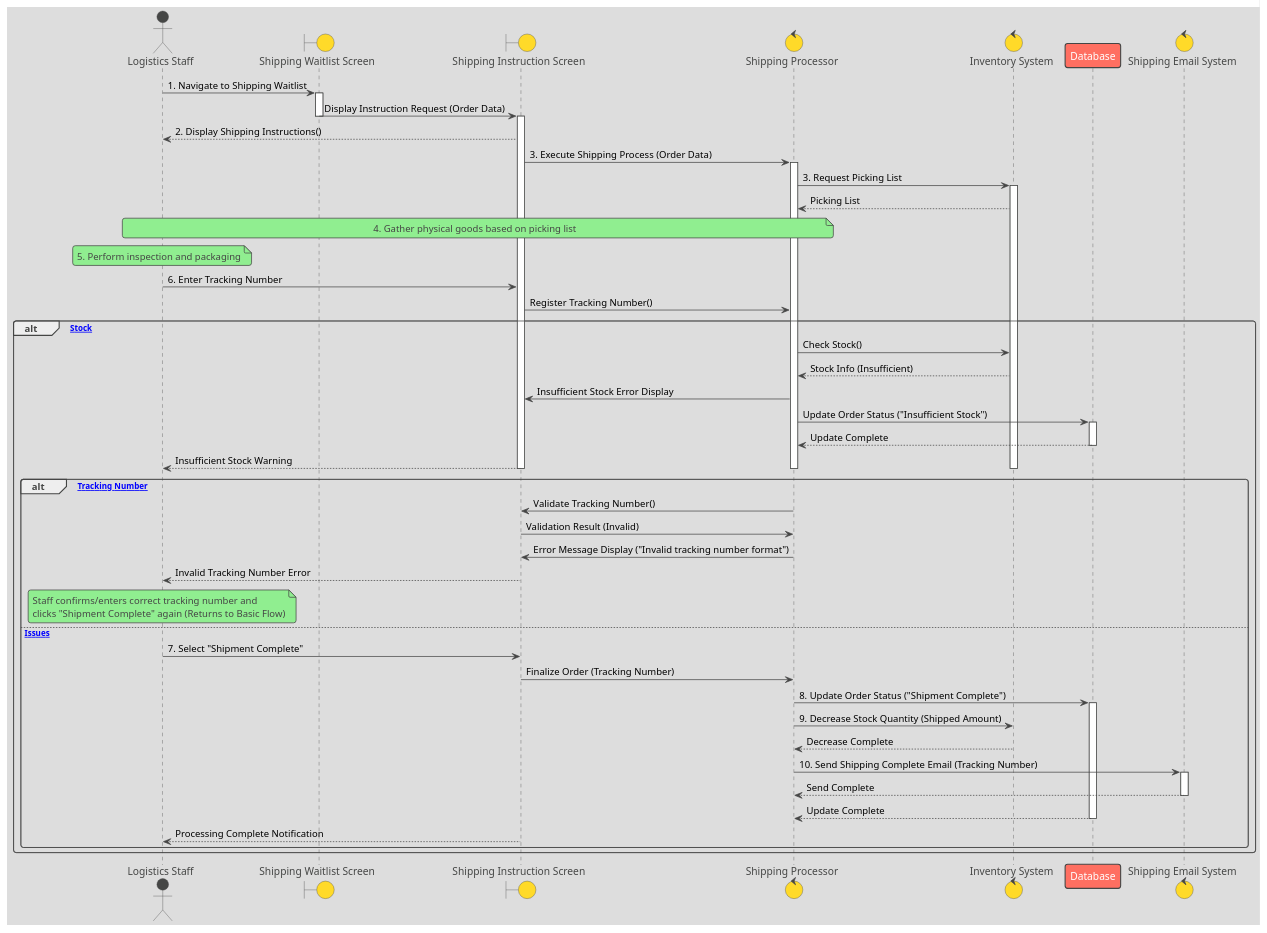
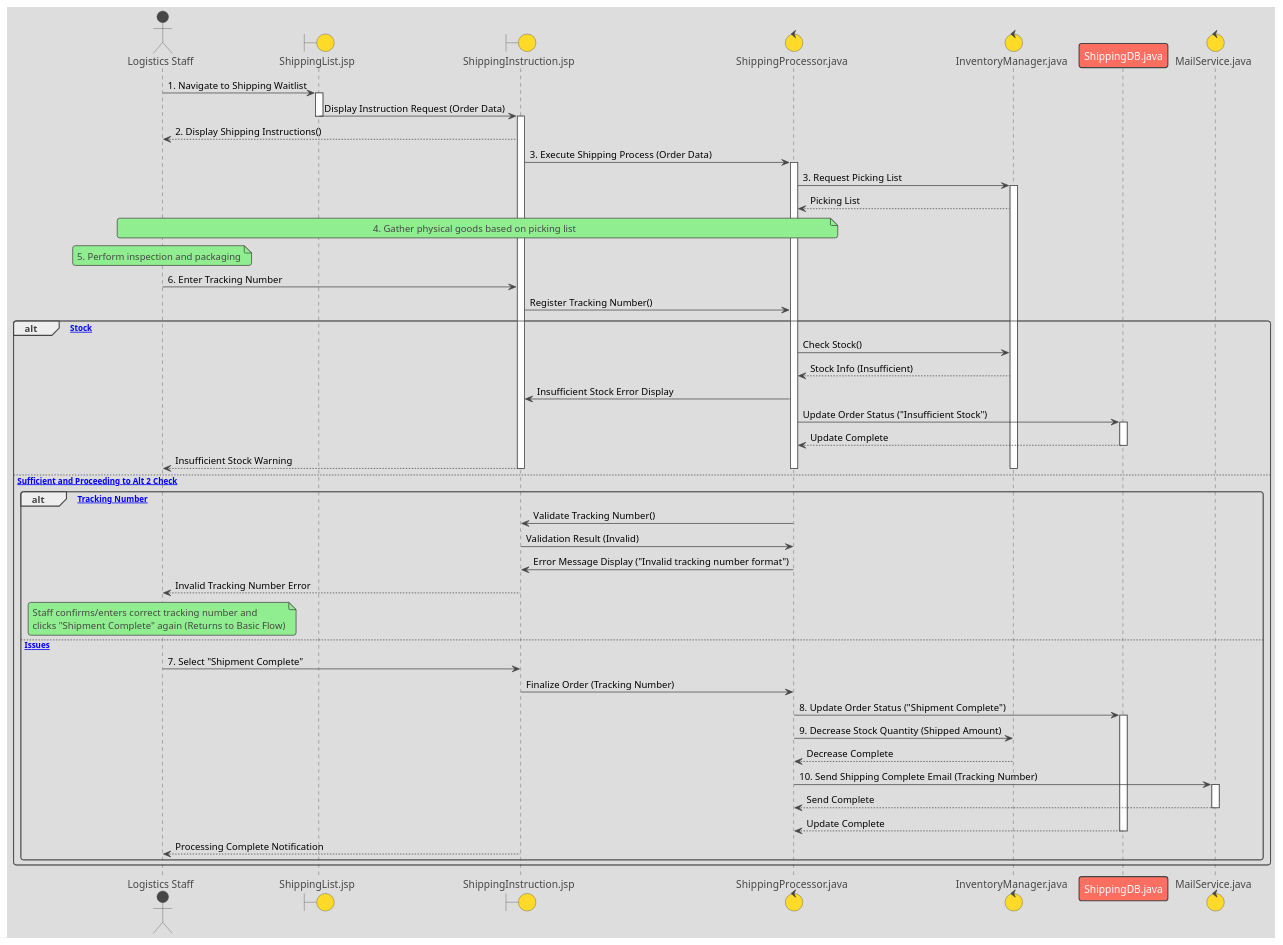
One commit to mameiku/group3-4 changed the diagram in Sequence_Shipment preparation.pu. Above: the diagram before and after it, drawn with PlantUML. The commit also changed 3 other files, not shown here.

```diff
--- a/Sequence_Shipment preparation.pu
+++ b/Sequence_Shipment preparation.pu
@@ -1,114 +1,115 @@
 @startuml ShippingPreparationSequenceDiagram
 !theme toy
 
 ' ====================================================================
-' Participant Definitions (Based on Use Case Description)
+' Participant Definitions (Using .jsp and .java notation)
 ' ====================================================================
 actor LogisticsStaff as "Logistics Staff"
-boundary ShippingListScreen as "Shipping Waitlist Screen"
-boundary ShippingInstructionScreen as "Shipping Instruction Screen"
-control ShippingProcessor as "Shipping Processor"
-control InventorySystem as "Inventory System"
-participant Database as "Database" 
-control MailSystem as "Shipping Email System"
+boundary ShippingListJSP as "ShippingList.jsp"
+boundary ShippingInstructionJSP as "ShippingInstruction.jsp"
+control ShippingProcessorJava as "ShippingProcessor.java"
+control InventoryManagerJava as "InventoryManager.java"
+participant ShippingDBJava as "ShippingDB.java" 
+control MailServiceJava as "MailService.java"
 
 ' ====================================================================
 ' Basic Flow
 ' ====================================================================
 
 ' 1. Logistics staff navigates from the management screen to the "Shipping Waitlist".
-LogisticsStaff -> ShippingListScreen : 1. Navigate to Shipping Waitlist
-activate ShippingListScreen
+LogisticsStaff -> ShippingListJSP : 1. Navigate to Shipping Waitlist
+activate ShippingListJSP
 
 ' 2. The system selects an order awaiting shipment and displays "Shipping Instructions".
-ShippingListScreen -> ShippingInstructionScreen : Display Instruction Request (Order Data)
-deactivate ShippingListScreen
-activate ShippingInstructionScreen
+ShippingListJSP -> ShippingInstructionJSP : Display Instruction Request (Order Data)
+deactivate ShippingListJSP
+activate ShippingInstructionJSP
 
-ShippingInstructionScreen --> LogisticsStaff : 2. Display Shipping Instructions()
+ShippingInstructionJSP --> LogisticsStaff : 2. Display Shipping Instructions()
 
 ' 3. The system executes the shipping process based on the order and creates a picking list.
-ShippingInstructionScreen -> ShippingProcessor : 3. Execute Shipping Process (Order Data)
-activate ShippingProcessor
+ShippingInstructionJSP -> ShippingProcessorJava : 3. Execute Shipping Process (Order Data)
+activate ShippingProcessorJava
 
-ShippingProcessor -> InventorySystem : 3. Request Picking List
-activate InventorySystem
-InventorySystem --> ShippingProcessor : Picking List
+ShippingProcessorJava -> InventoryManagerJava : 3. Request Picking List
+activate InventoryManagerJava
+InventoryManagerJava --> ShippingProcessorJava : Picking List
 
 ' 4. The actor gathers physical goods from the warehouse based on the picking list.
-Note over LogisticsStaff, ShippingProcessor : 4. Gather physical goods based on picking list
+Note over LogisticsStaff, ShippingProcessorJava : 4. Gather physical goods based on picking list
 
 ' 5. The actor inspects and packs the goods.
 Note over LogisticsStaff : 5. Perform inspection and packaging
 
 ' 6. The actor issues the shipping slip and enters the tracking number into the system.
-LogisticsStaff -> ShippingInstructionScreen : 6. Enter Tracking Number
-ShippingInstructionScreen -> ShippingProcessor : Register Tracking Number()
+LogisticsStaff -> ShippingInstructionJSP : 6. Enter Tracking Number
+ShippingInstructionJSP -> ShippingProcessorJava : Register Tracking Number()
 
 ' --- Alternative Flow 1: Cannot ship due to insufficient stock (Fork at Basic Flow 3) ---
 alt [Insufficient Stock]
     ' Basic Flow 3. System checks stock.
-    ShippingProcessor -> InventorySystem : Check Stock()
-    InventorySystem --> ShippingProcessor : Stock Info (Insufficient)
+    ShippingProcessorJava -> InventoryManagerJava : Check Stock()
+    InventoryManagerJava --> ShippingProcessorJava : Stock Info (Insufficient)
     
     ' Alt 1-1. System detects insufficient stock during processing.
-    ShippingProcessor -> ShippingInstructionScreen : Insufficient Stock Error Display
+    ShippingProcessorJava -> ShippingInstructionJSP : Insufficient Stock Error Display
     
     ' Alt 1-2. System updates the order status to "Insufficient Stock".
-    ShippingProcessor -> Database : Update Order Status ("Insufficient Stock")
-    activate Database
-    Database --> ShippingProcessor : Update Complete
-    deactivate Database
+    ShippingProcessorJava -> ShippingDBJava : Update Order Status ("Insufficient Stock")
+    activate ShippingDBJava
+    ShippingDBJava --> ShippingProcessorJava : Update Complete
+    deactivate ShippingDBJava
 
     ' Alt 1-3. Display warning message to the actor.
-    ShippingInstructionScreen --> LogisticsStaff : Insufficient Stock Warning
+    ShippingInstructionJSP --> LogisticsStaff : Insufficient Stock Warning
 
-    deactivate InventorySystem
-    deactivate ShippingProcessor
-    deactivate ShippingInstructionScreen
+    deactivate InventoryManagerJava
+    deactivate ShippingProcessorJava
+    deactivate ShippingInstructionJSP
 
+else [Stock Sufficient and Proceeding to Alt 2 Check]
 ' --- Alternative Flow 2: Invalid format for tracking number (Fork at Basic Flow 6) ---
 alt [Invalid Tracking Number]
-    ShippingProcessor -> ShippingInstructionScreen : Validate Tracking Number()
-    ShippingInstructionScreen -> ShippingProcessor : Validation Result (Invalid)
+    ShippingProcessorJava -> ShippingInstructionJSP : Validate Tracking Number()
+    ShippingInstructionJSP -> ShippingProcessorJava : Validation Result (Invalid)
 
     ' Alt 2-1. System displays an error message.
-    ShippingProcessor -> ShippingInstructionScreen : Error Message Display ("Invalid tracking number format")
-    deactivate ShippingProcessor
-    ShippingInstructionScreen --> LogisticsStaff : Invalid Tracking Number Error
+    ShippingProcessorJava -> ShippingInstructionJSP : Error Message Display ("Invalid tracking number format")
+    deactivate ShippingProcessorJava
+    ShippingInstructionJSP --> LogisticsStaff : Invalid Tracking Number Error
     
     Note over LogisticsStaff : Staff confirms/enters correct tracking number and\nclicks "Shipment Complete" again (Returns to Basic Flow)
-    deactivate ShippingInstructionScreen
+    deactivate ShippingInstructionJSP
     
 else [No Issues]
     ' 7. The actor selects the "Shipment Complete" button.
-    LogisticsStaff -> ShippingInstructionScreen : 7. Select "Shipment Complete"
-    ShippingInstructionScreen -> ShippingProcessor : Finalize Order (Tracking Number)
+    LogisticsStaff -> ShippingInstructionJSP : 7. Select "Shipment Complete"
+    ShippingInstructionJSP -> ShippingProcessorJava : Finalize Order (Tracking Number)
     
     ' 8. The system updates the order status to "Shipment Complete".
-    ShippingProcessor -> Database : 8. Update Order Status ("Shipment Complete")
-    activate Database
+    ShippingProcessorJava -> ShippingDBJava : 8. Update Order Status ("Shipment Complete")
+    activate ShippingDBJava
 
     ' 9. The system reduces the stock quantity of the shipped goods.
-    ShippingProcessor -> InventorySystem : 9. Decrease Stock Quantity (Shipped Amount)
-    InventorySystem --> ShippingProcessor : Decrease Complete
-    deactivate InventorySystem
+    ShippingProcessorJava -> InventoryManagerJava : 9. Decrease Stock Quantity (Shipped Amount)
+    InventoryManagerJava --> ShippingProcessorJava : Decrease Complete
+    deactivate InventoryManagerJava
 
     ' 10. The system automatically sends a shipping completion email including the tracking number to the customer.
-    ShippingProcessor -> MailSystem : 10. Send Shipping Complete Email (Tracking Number)
-    activate MailSystem
-    MailSystem --> ShippingProcessor : Send Complete
-    deactivate MailSystem
+    ShippingProcessorJava -> MailServiceJava : 10. Send Shipping Complete Email (Tracking Number)
+    activate MailServiceJava
+    MailServiceJava --> ShippingProcessorJava : Send Complete
+    deactivate MailServiceJava
 
-    Database --> ShippingProcessor : Update Complete
-    deactivate Database
+    ShippingDBJava --> ShippingProcessorJava : Update Complete
+    deactivate ShippingDBJava
     
     ' Post-condition: Update screen display and return to list.
-    deactivate ShippingProcessor
-    ShippingInstructionScreen --> LogisticsStaff : Processing Complete Notification
-    deactivate ShippingInstructionScreen
+    deactivate ShippingProcessorJava
+    ShippingInstructionJSP --> LogisticsStaff : Processing Complete Notification
+    deactivate ShippingInstructionJSP
 
 end ' Close Alternative Flow 2 alt
 end ' Close Alternative Flow 1 alt
 
 @enduml
```
